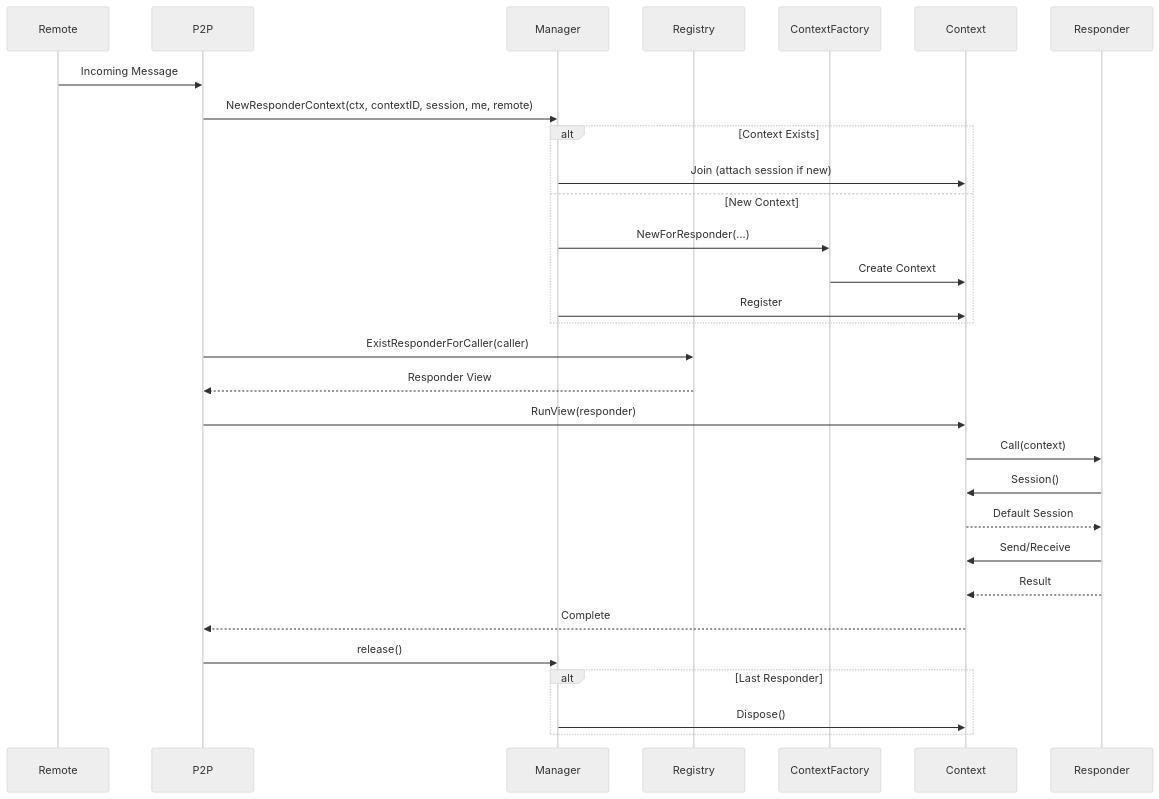
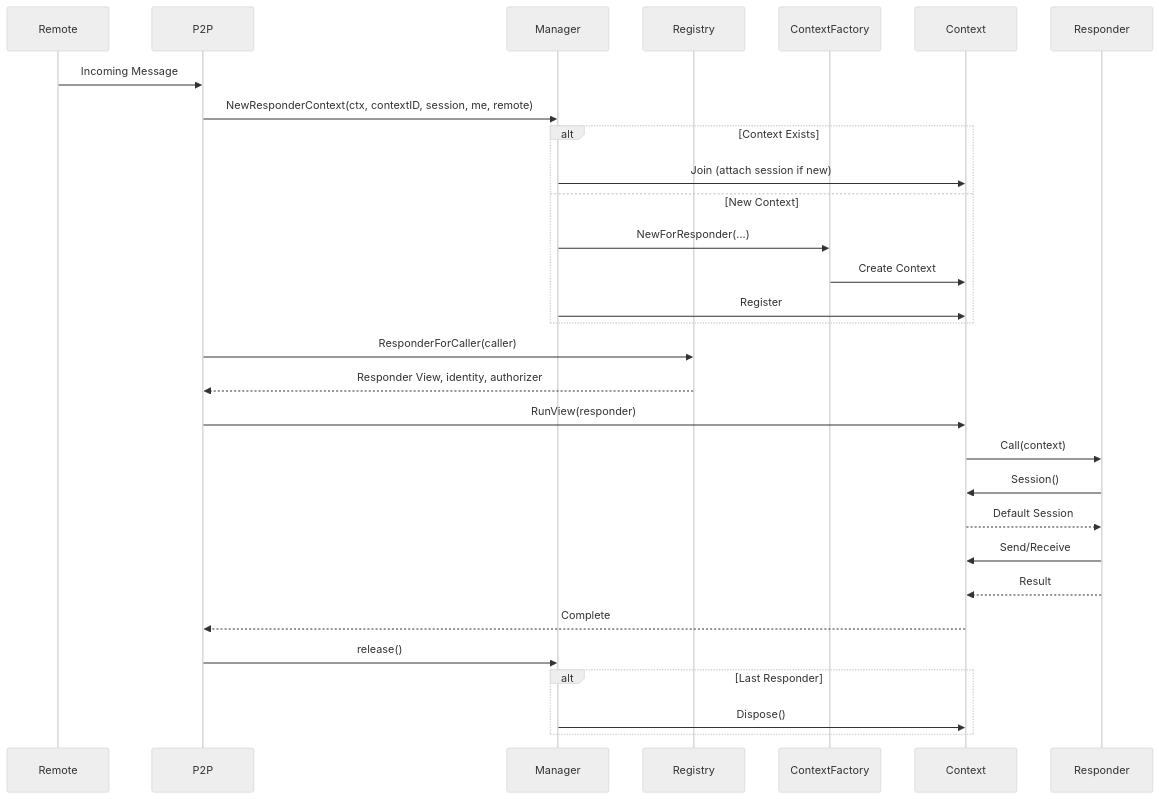
The third of 4 diagrams in docs/platform/view/services/view-service.md (hyperledger-labs/fabric-smart-client), drawn with Mermaid (neutral theme) before and after one commit. The commit also changed other lines of this file and 21 other files, not shown here.

````diff
--- a/docs/platform/view/services/view-service.md
+++ b/docs/platform/view/services/view-service.md
@@ -180,40 +187,40 @@
 ```mermaid
 sequenceDiagram
     participant Remote
     participant P2P
     participant Manager
     participant Registry
     participant ContextFactory
     participant Context
     participant Responder
 
     Remote->>P2P: Incoming Message
     P2P->>Manager: NewResponderContext(ctx, contextID, session, me, remote)
     
     alt Context Exists
         Manager->>Context: Join (attach session if new)
     else New Context
         Manager->>ContextFactory: NewForResponder(...)
         ContextFactory->>Context: Create Context
         Manager->>Context: Register
     end
     
-    P2P->>Registry: ExistResponderForCaller(caller)
-    Registry-->>P2P: Responder View
+    P2P->>Registry: ResponderForCaller(caller)
+    Registry-->>P2P: Responder View, identity, authorizer
     
     P2P->>Context: RunView(responder)
     Context->>Responder: Call(context)
     
     Responder->>Context: Session()
     Context-->>Responder: Default Session
     
     Responder->>Context: Send/Receive
     
     Responder-->>Context: Result
     Context-->>P2P: Complete
     
     P2P->>Manager: release()
     alt Last Responder
         Manager->>Context: Dispose()
     end
 ```
````
